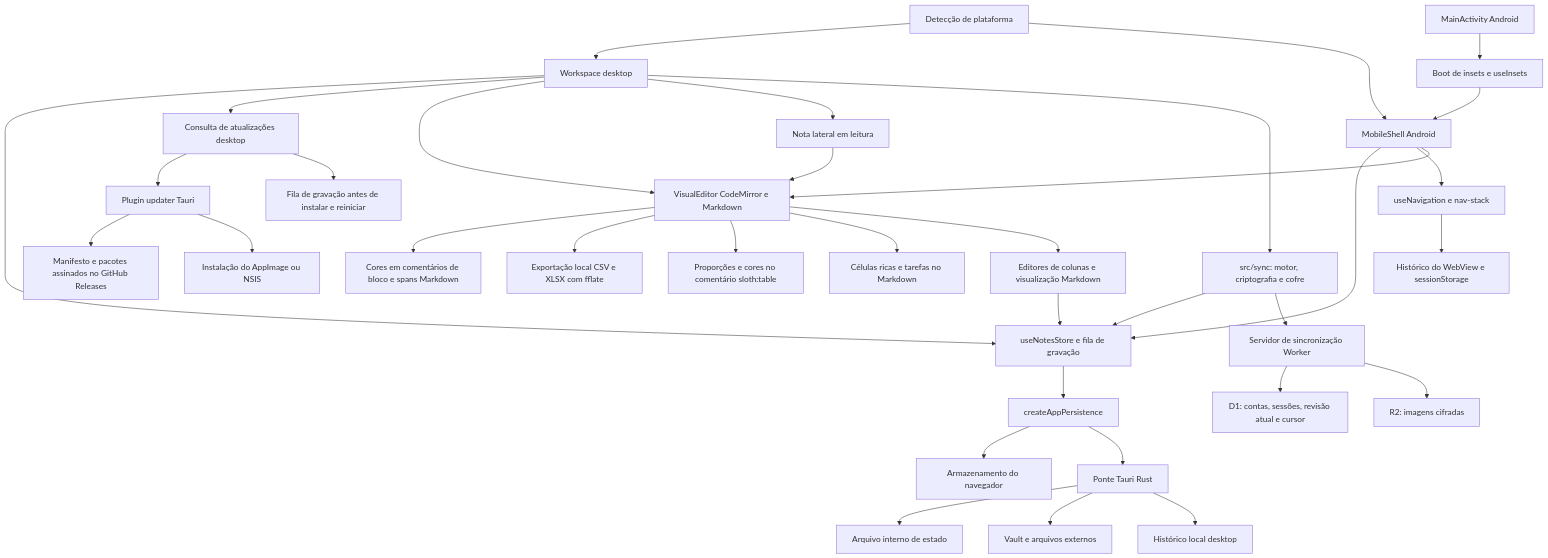
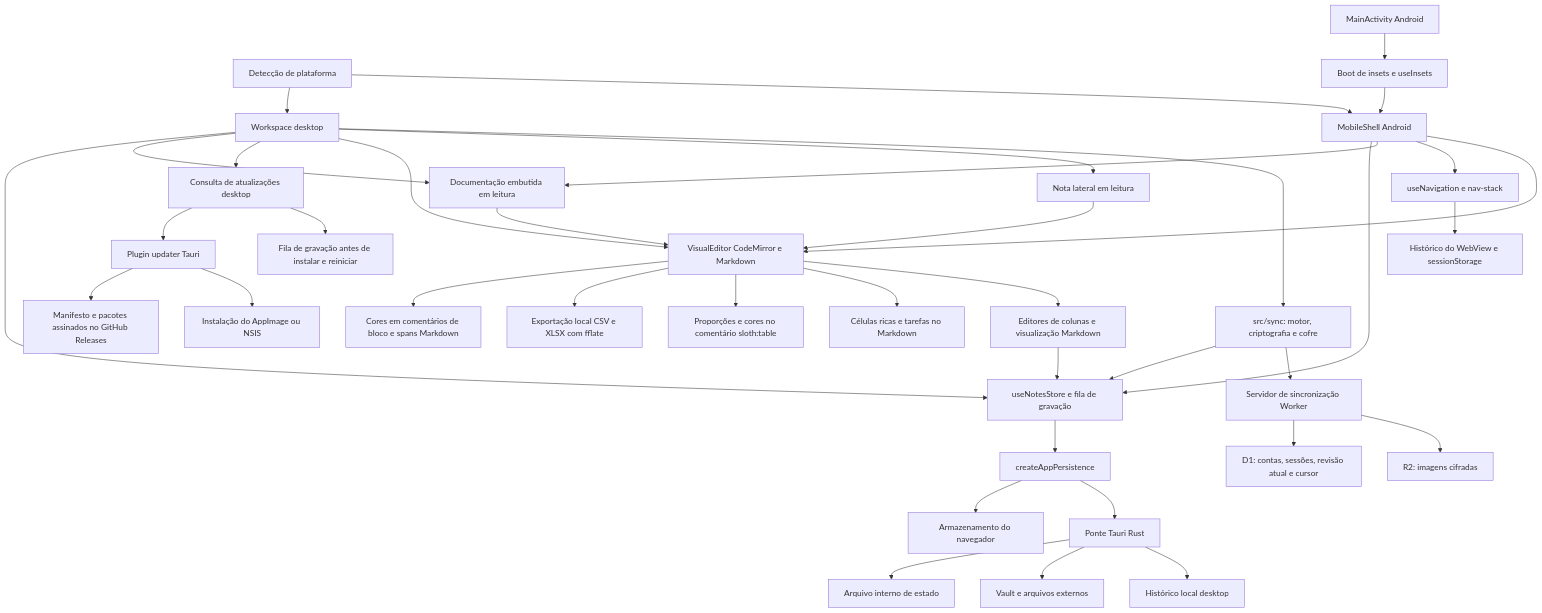
Before and after one commit to dougkusanagi/sloth-noter: the diagram in docs/architecture.md, drawn with Mermaid. The commit also changed other lines of this file and 33 other files, not shown here.

````diff
--- a/docs/architecture.md
+++ b/docs/architecture.md
@@ -6,37 +6,40 @@
 ```mermaid
 flowchart TD
   platform[Detecção de plataforma] --> desktop[Workspace desktop]
   platform --> mobile[MobileShell Android]
   desktop --> store[useNotesStore e fila de gravação]
   mobile --> store
+  desktop --> guide[Documentação embutida em leitura]
+  mobile --> guide
+  guide --> editor
   mobile --> navigation[useNavigation e nav-stack]
   navigation --> browser[Histórico do WebView e sessionStorage]
   desktop --> updates[Consulta de atualizações desktop]
   updates --> updater[Plugin updater Tauri]
   updater --> github[Manifesto e pacotes assinados no GitHub Releases]
   updater --> binary[Instalação do AppImage ou NSIS]
   updates --> saves[Fila de gravação antes de instalar e reiniciar]
   desktop --> editor[VisualEditor CodeMirror e Markdown]
   desktop --> sideNote[Nota lateral em leitura]
   sideNote --> editor
   editor --> colors[Cores em comentários de bloco e spans Markdown]
   mobile --> editor
   editor --> spreadsheets[Exportação local CSV e XLSX com fflate]
   editor --> tableSizes[Proporções e cores no comentário sloth:table]
   editor --> richCells[Células ricas e tarefas no Markdown]
   editor --> columns[Editores de colunas e visualização Markdown]
   columns --> store
   store --> runtime[createAppPersistence]
   runtime --> web[Armazenamento do navegador]
   runtime --> native[Ponte Tauri Rust]
   native --> state[Arquivo interno de estado]
   native --> vault[Vault e arquivos externos]
   native --> history[Histórico local desktop]
   android[MainActivity Android] --> insets[Boot de insets e useInsets]
   insets --> mobile
   desktop --> syncEngine[src/sync: motor, criptografia e cofre]
   syncEngine --> store
   syncEngine --> syncServer[Servidor de sincronização Worker]
   syncServer --> d1[D1: contas, sessões, revisão atual e cursor]
   syncServer --> r2[R2: imagens cifradas]
 ```
````
